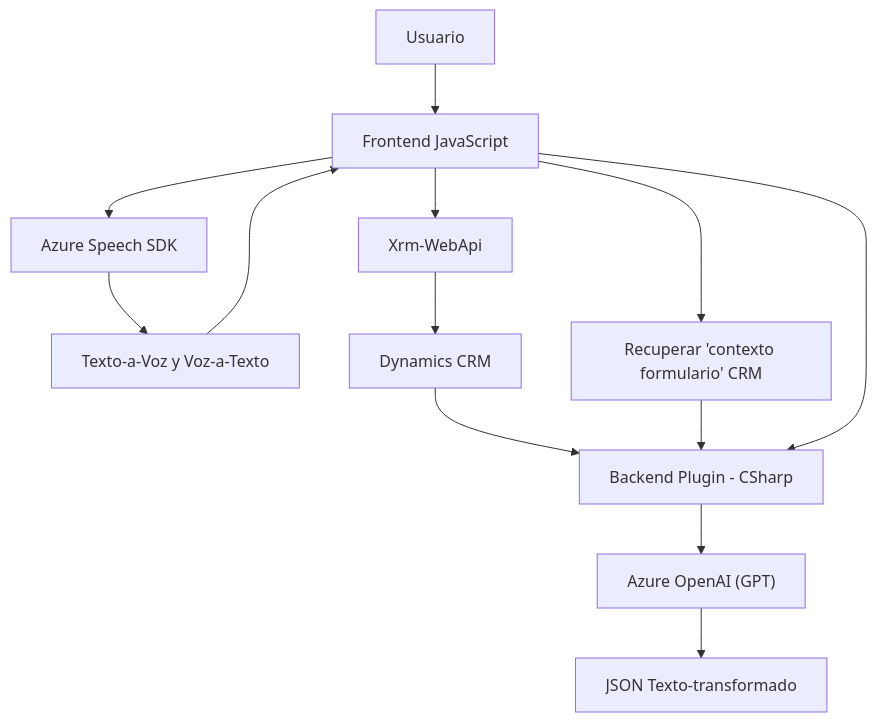
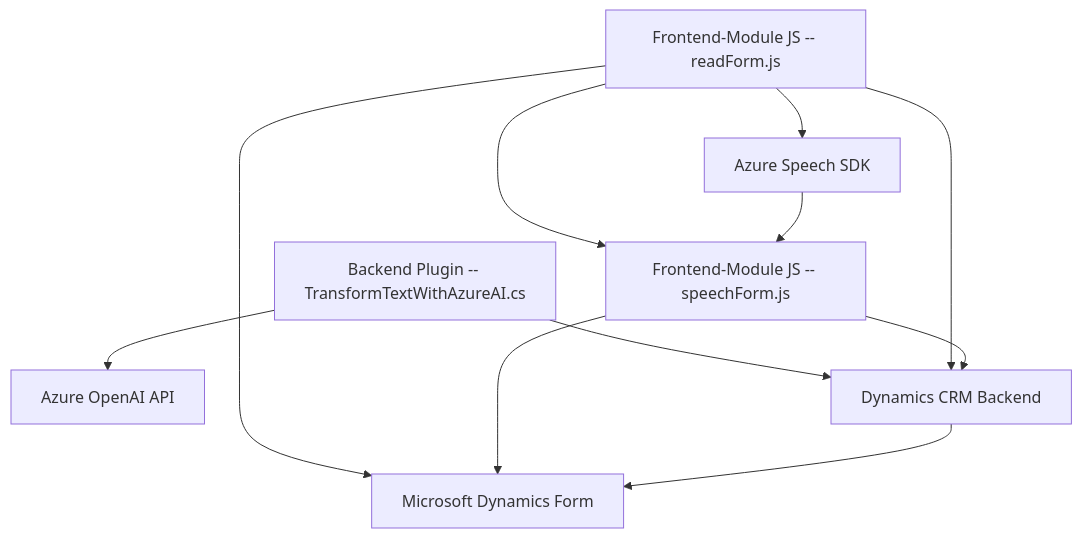
One commit to blopezdm/NETCORE_BILBAO2025 changed the diagram in README.md. Above: the diagram before and after it, drawn with Mermaid. The commit also changed other lines of this file, not shown here.

````diff
--- a/README.md
+++ b/README.md
@@ -42,15 +73,13 @@
 ```mermaid
 graph TD
-    A["Usuario"] --> B["Frontend JavaScript"]
-    B --> C["Azure Speech SDK"]
-    C --> D["Texto-a-Voz y Voz-a-Texto"]
-    D --> B
-    B --> E["Recuperar 'contexto formulario' CRM"]
-    B --> F["Xrm-WebApi"]
-    F --> J["Dynamics CRM"]
-    G["Backend Plugin - CSharp"] --> H["Azure OpenAI (GPT)"]
-    H --> I["JSON Texto-transformado"]
-    J --> G
-    E --> G
-    B --> G
+    A["Frontend-Module JS -- readForm.js"] --> B["Azure Speech SDK"]
+    A --> D["Microsoft Dynamics Form"]
+    A --> C["Frontend-Module JS -- speechForm.js"]
+    B --> C
+    C --> D
+    E["Backend Plugin -- TransformTextWithAzureAI.cs"] --> G["Azure OpenAI API"]
+    E --> F["Dynamics CRM Backend"]
+    F --> D
+    A --> F
+    C --> F
 ```
````
